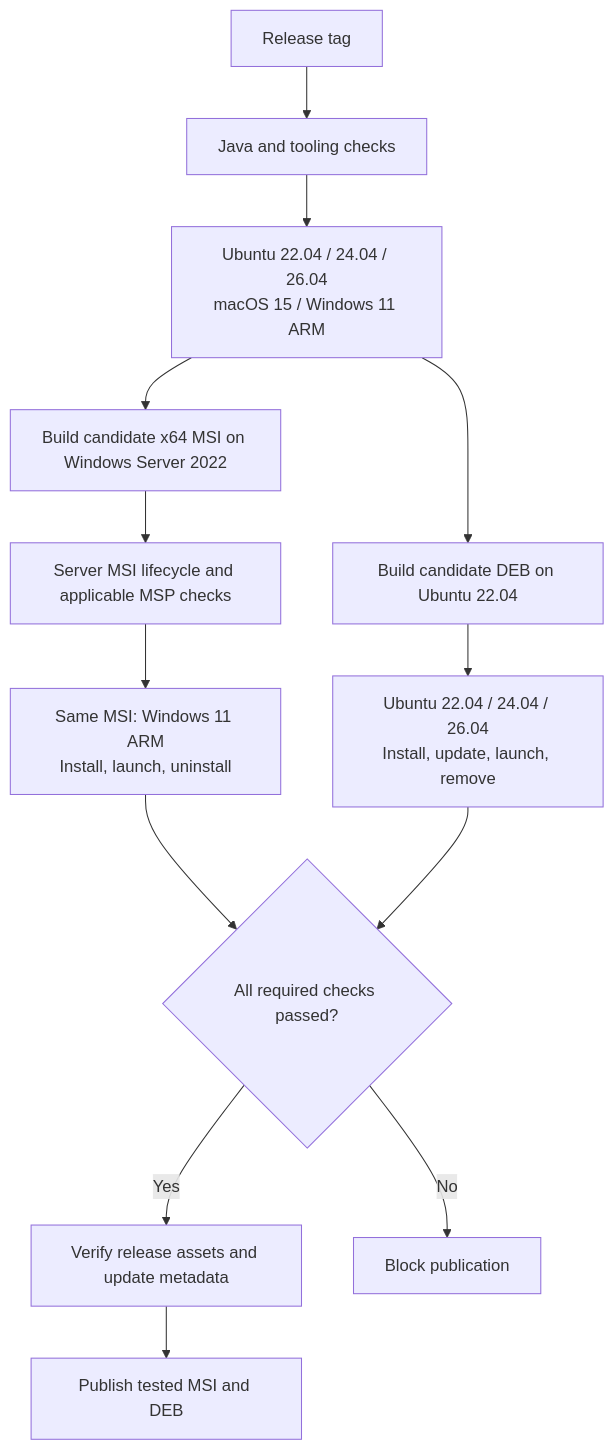
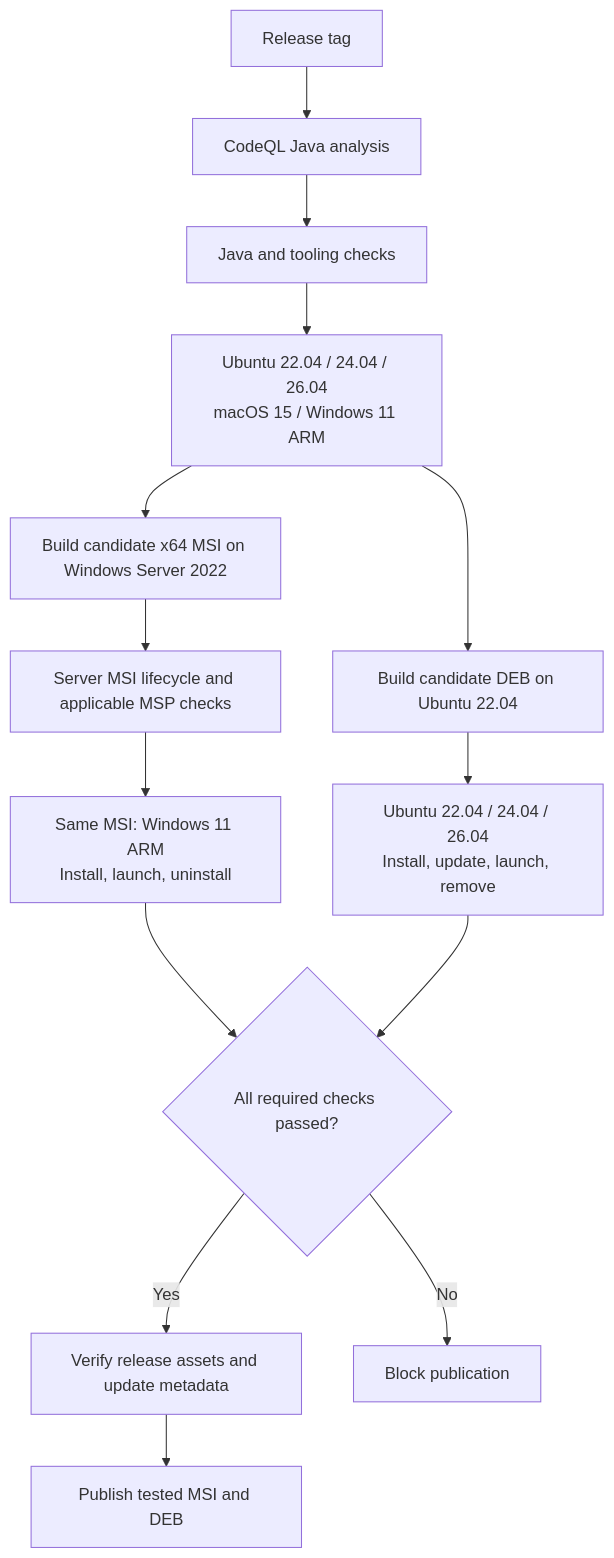
One commit to mgarcia01752/oscar-ui changed the diagram in docs/development/build/packaging.md. Above: the diagram before and after it, drawn with Mermaid. The commit also changed other lines of this file and 5 other files, not shown here.

Commit message:
Feature: Gate platform checks on CodeQL - Analyze Java before OS and release checks - Scope security upload permissions to scan jobs - Update architecture, flow and checklist - Tests: Pass workflow lint and publication tests - GitHub execution pending

````diff
--- a/docs/development/build/packaging.md
+++ b/docs/development/build/packaging.md
@@ -431,15 +431,16 @@
 ```mermaid
 flowchart TD
-    Tag[Release tag] --> CI[Java and tooling checks]
+    Tag[Release tag] --> Security[CodeQL Java analysis]
+    Security --> CI[Java and tooling checks]
     CI --> Platforms[Ubuntu 22.04 / 24.04 / 26.04<br/>macOS 15 / Windows 11 ARM]
     Platforms --> MSI[Build candidate x64 MSI on Windows Server 2022]
     Platforms --> DEB[Build candidate DEB on Ubuntu 22.04]
     MSI --> Server[Server MSI lifecycle and applicable MSP checks]
     Server --> Win11[Same MSI: Windows 11 ARM<br/>Install, launch, uninstall]
     DEB --> Ubuntu[Ubuntu 22.04 / 24.04 / 26.04<br/>Install, update, launch, remove]
     Win11 --> Gate{All required checks passed?}
     Ubuntu --> Gate
     Gate -->|Yes| Verify[Verify release assets and update metadata]
     Verify --> Publish[Publish tested MSI and DEB]
     Gate -->|No| Stop[Block publication]
 ```
````
